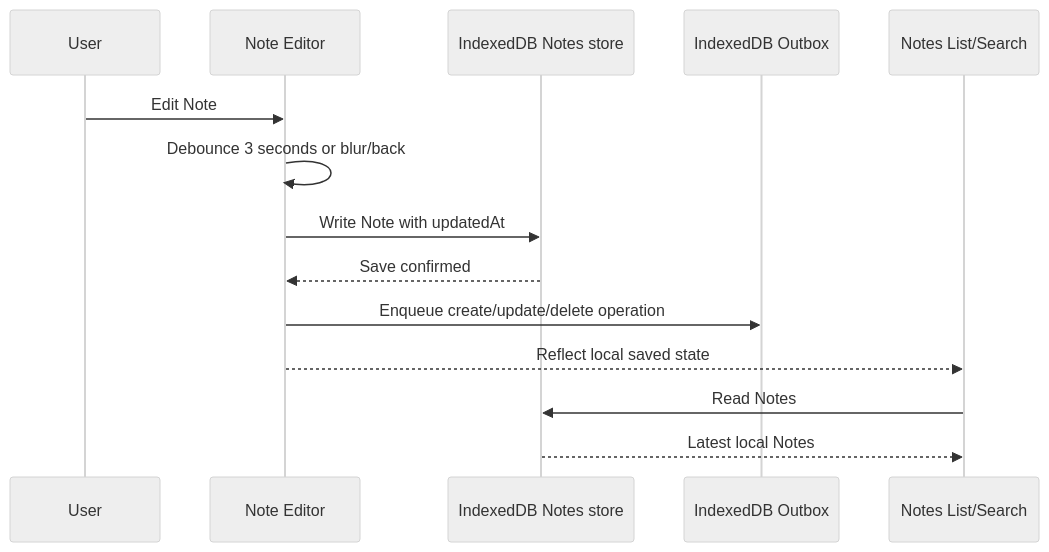
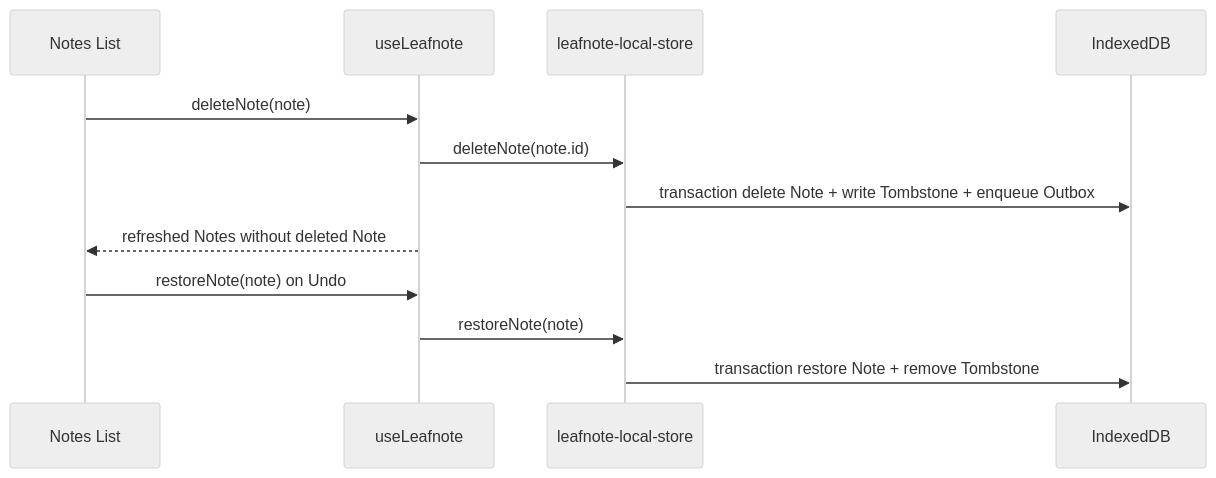
The fourth of 4 diagrams in ARCHITECTURE.md (radenadri/leafnote), drawn with Mermaid (neutral theme) before and after one commit. The commit also changed other lines of this file and 5 other files, not shown here.

Commit message:
docs: update project architecture and CI workflow to reflect post-MVP local-first implementation

````diff
--- a/ARCHITECTURE.md
+++ b/ARCHITECTURE.md
@@ -312,17 +253,15 @@
 ```mermaid
 sequenceDiagram
-  participant User
-  participant Editor as Note Editor
-  participant Local as IndexedDB Notes store
-  participant Outbox as IndexedDB Outbox
-  participant UI as Notes List/Search
+  participant List as Notes List
+  participant Facade as useLeafnote
+  participant Store as leafnote-local-store
+  participant DB as IndexedDB
 
-  User->>Editor: Edit Note
-  Editor->>Editor: Debounce 3 seconds or blur/back
-  Editor->>Local: Write Note with updatedAt
-  Local-->>Editor: Save confirmed
-  Editor->>Outbox: Enqueue create/update/delete operation
-  Editor-->>UI: Reflect local saved state
-  UI->>Local: Read Notes
-  Local-->>UI: Latest local Notes
+  List->>Facade: deleteNote(note)
+  Facade->>Store: deleteNote(note.id)
+  Store->>DB: transaction delete Note + write Tombstone + enqueue Outbox
+  Facade-->>List: refreshed Notes without deleted Note
+  List->>Facade: restoreNote(note) on Undo
+  Facade->>Store: restoreNote(note)
+  Store->>DB: transaction restore Note + remove Tombstone
 ```
````
